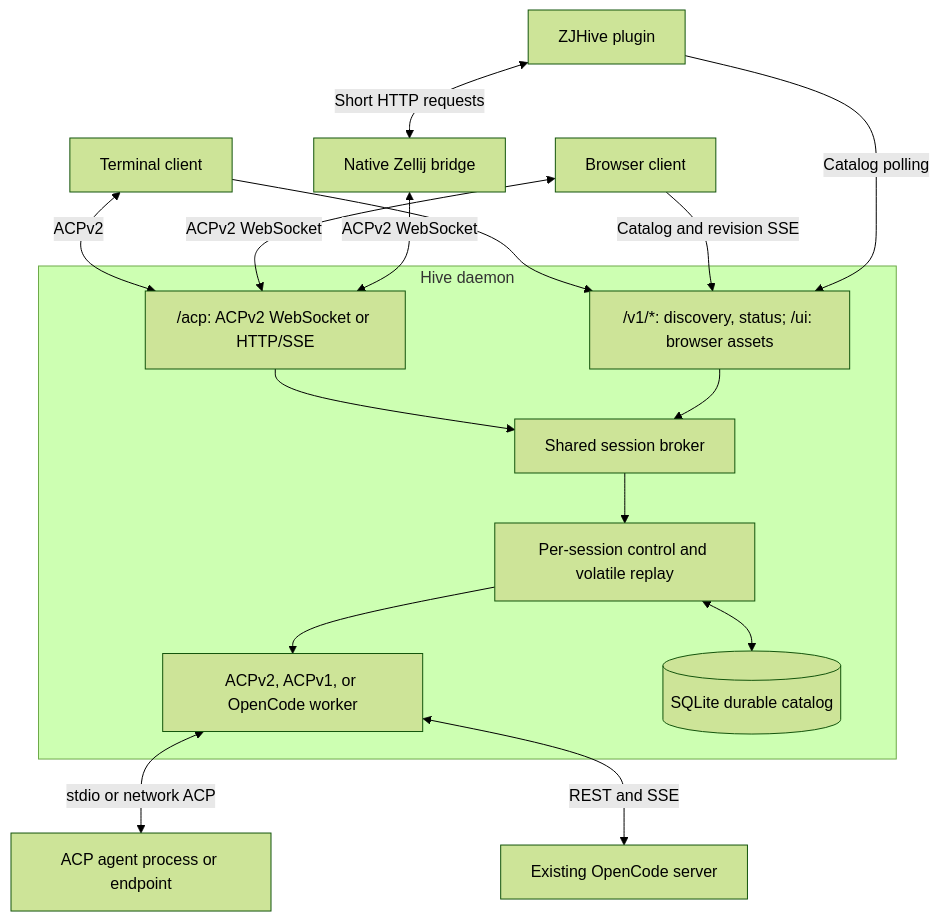
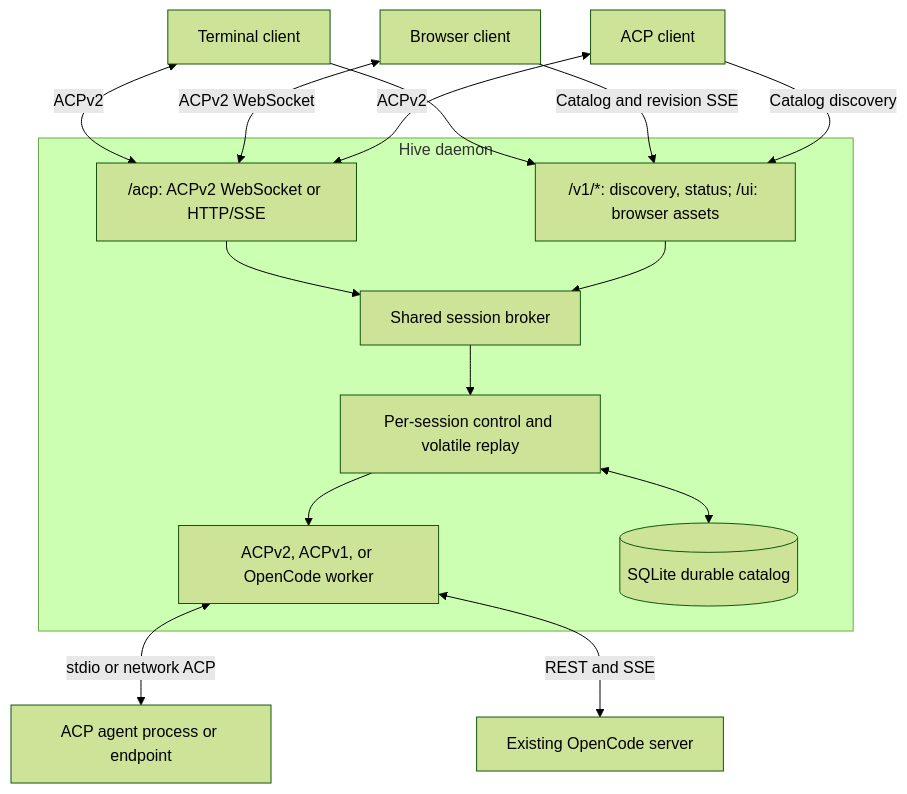
Before and after one commit to noirbizarre/hive: the first of 2 diagrams in docs/architecture.md, drawn with Mermaid (forest theme). The commit also changed other lines of this file and 28 other files, not shown here.

Commit message:
refactor(zellij)!: extract ZJHive into its own repository (#40)

````diff
--- a/docs/architecture.md
+++ b/docs/architecture.md
@@ -9,34 +9,32 @@
 ```mermaid
 flowchart TB
     TUI[Terminal client]
     WEB[Browser client]
-    ZJ[ZJHive plugin]
-    BR[Native Zellij bridge]
+    CLIENT[ACP client]
 
     subgraph Hive daemon
         ACP["/acp: ACPv2 WebSocket or HTTP/SSE"]
         HTTP["/v1/*: discovery, status; /ui: browser assets"]
         BROKER[Shared session broker]
         CONTROL[Per-session control and volatile replay]
         WORKERS[ACPv2, ACPv1, or OpenCode worker]
         DB[(SQLite durable catalog)]
     end
 
     AGENT[ACP agent process or endpoint]
     OC[Existing OpenCode server]
 
     TUI <-->|ACPv2| ACP
     WEB <-->|ACPv2 WebSocket| ACP
     TUI --> HTTP
     WEB -->|Catalog and revision SSE| HTTP
-    ZJ -->|Catalog polling| HTTP
-    ZJ <-->|Short HTTP requests| BR
-    BR <-->|ACPv2 WebSocket| ACP
+    CLIENT <-->|ACPv2| ACP
+    CLIENT -->|Catalog discovery| HTTP
     ACP --> BROKER
     HTTP --> BROKER
     BROKER --> CONTROL
     CONTROL --> WORKERS
     CONTROL <--> DB
     WORKERS <-->|stdio or network ACP| AGENT
     WORKERS <-->|REST and SSE| OC
 ```
````
